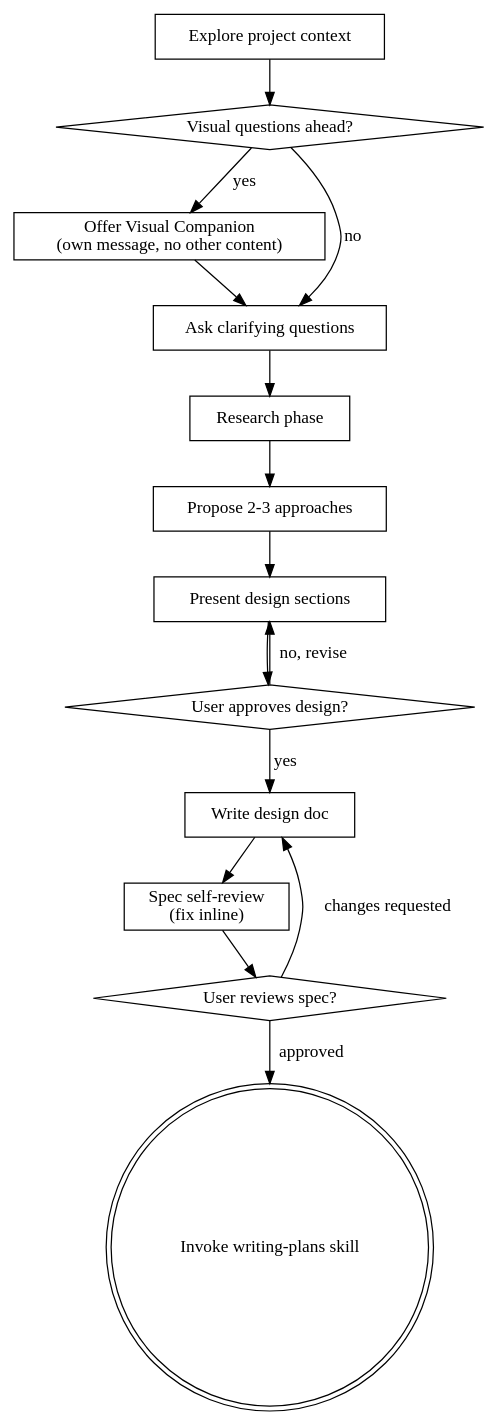
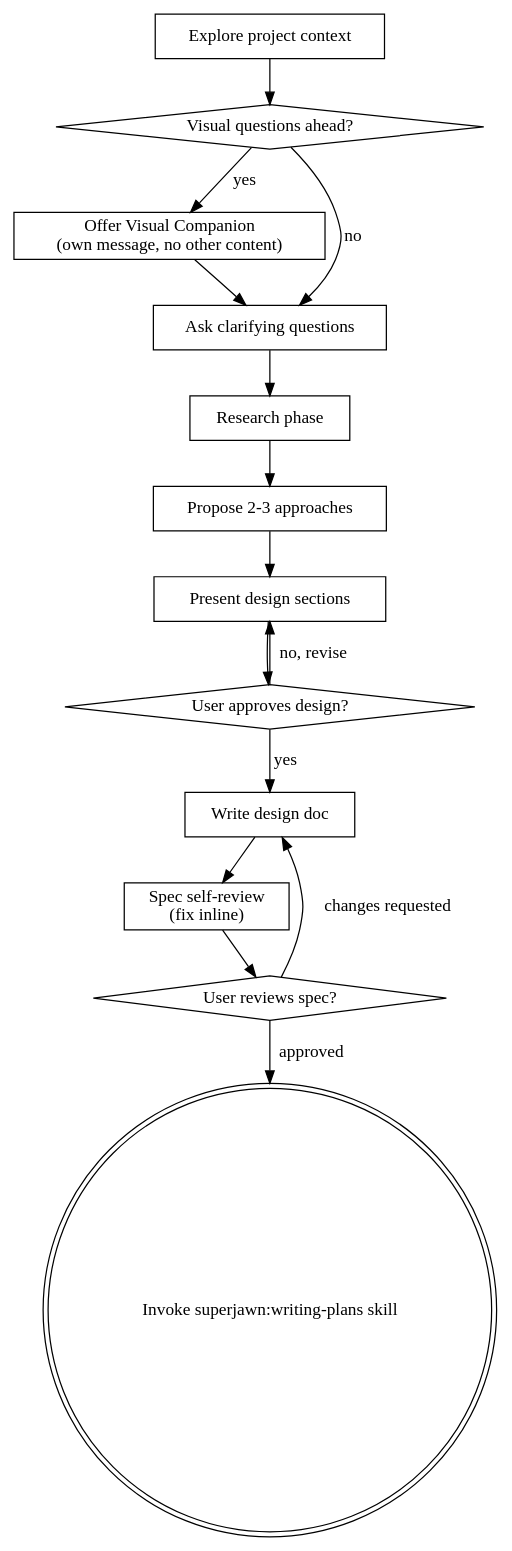
The diagram in superjawn/skills/brainstorming/SKILL.md (jamditis/claude-skills-journalism), drawn with Graphviz before and after one commit. The commit also changed other lines of this file, not shown here.

First line of the commit message:
refactor(superjawn): rewrite brainstorming cross-refs to dual namespace

````diff
--- a/superjawn/skills/brainstorming/SKILL.md
+++ b/superjawn/skills/brainstorming/SKILL.md
@@ -80,31 +80,31 @@
 ```dot
 digraph brainstorming {
     "Explore project context" [shape=box];
     "Visual questions ahead?" [shape=diamond];
     "Offer Visual Companion\n(own message, no other content)" [shape=box];
     "Ask clarifying questions" [shape=box];
     "Research phase" [shape=box];
     "Propose 2-3 approaches" [shape=box];
     "Present design sections" [shape=box];
     "User approves design?" [shape=diamond];
     "Write design doc" [shape=box];
     "Spec self-review\n(fix inline)" [shape=box];
     "User reviews spec?" [shape=diamond];
-    "Invoke writing-plans skill" [shape=doublecircle];
+    "Invoke superjawn:writing-plans skill" [shape=doublecircle];
 
     "Explore project context" -> "Visual questions ahead?";
     "Visual questions ahead?" -> "Offer Visual Companion\n(own message, no other content)" [label="yes"];
     "Visual questions ahead?" -> "Ask clarifying questions" [label="no"];
     "Offer Visual Companion\n(own message, no other content)" -> "Ask clarifying questions";
     "Ask clarifying questions" -> "Research phase";
     "Research phase" -> "Propose 2-3 approaches";
     "Propose 2-3 approaches" -> "Present design sections";
     "Present design sections" -> "User approves design?";
     "User approves design?" -> "Present design sections" [label="no, revise"];
     "User approves design?" -> "Write design doc" [label="yes"];
     "Write design doc" -> "Spec self-review\n(fix inline)";
     "Spec self-review\n(fix inline)" -> "User reviews spec?";
     "User reviews spec?" -> "Write design doc" [label="changes requested"];
-    "User reviews spec?" -> "Invoke writing-plans skill" [label="approved"];
+    "User reviews spec?" -> "Invoke superjawn:writing-plans skill" [label="approved"];
 }
 ```
````
